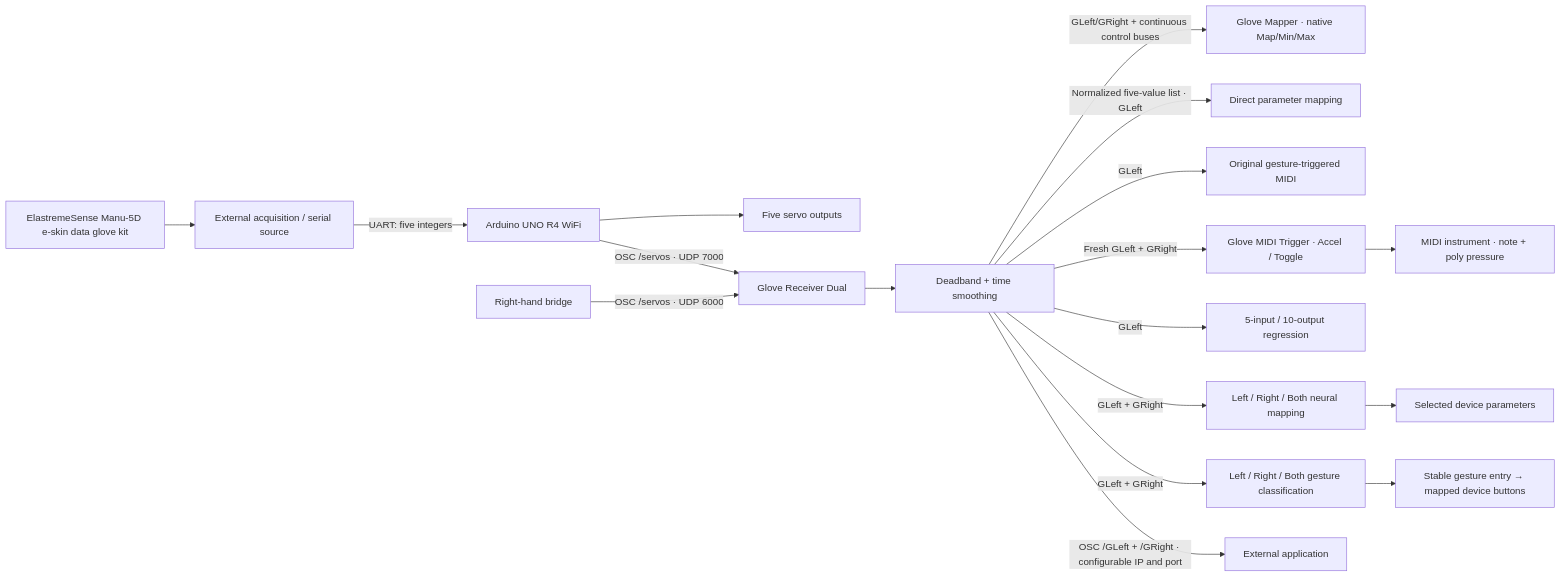
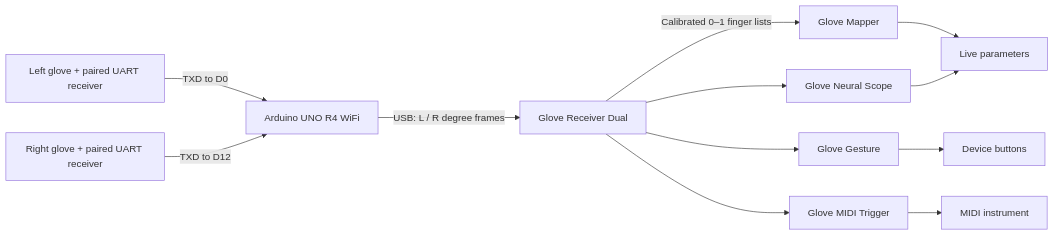
The diagram in README.md (lingyuanyangg/glove-system), drawn with Mermaid before and after one commit. The commit also changed other lines of this file and 108 other files, not shown here.

````diff
--- a/README.md
+++ b/README.md
@@ -15,20 +31,14 @@
 ```mermaid
 flowchart LR
-    G[ElastremeSense Manu-5D e-skin data glove kit] --> I[External acquisition / serial source]
-    I -->|UART: five integers| A[Arduino UNO R4 WiFi]
-    A --> S[Five servo outputs]
-    A -->|OSC /servos · UDP 7000| R[Glove Receiver Dual]
-    A2[Right-hand bridge] -->|OSC /servos · UDP 6000| R
-    R --> F[Deadband + time smoothing]
-    F -->|GLeft/GRight + continuous control buses| L[Glove Mapper · native Map/Min/Max]
-    F -->|Normalized five-value list · GLeft| D[Direct parameter mapping]
-    F -->|GLeft| B[Original gesture-triggered MIDI]
-    F -->|Fresh GLeft + GRight| MT[Glove MIDI Trigger · Accel / Toggle]
-    MT --> MI[MIDI instrument · note + poly pressure]
-    F -->|GLeft| M[5-input / 10-output regression]
-    F -->|GLeft + GRight| N[Left / Right / Both neural mapping]
-    N --> P[Selected device parameters]
-    F -->|GLeft + GRight| C[Left / Right / Both gesture classification]
-    C --> T[Stable gesture entry → mapped device buttons]
-    F -->|OSC /GLeft + /GRight · configurable IP and port| X[External application]
+    L[Left glove + paired UART receiver] -->|TXD to D0| A[Arduino UNO R4 WiFi]
+    R[Right glove + paired UART receiver] -->|TXD to D12| A
+    A -->|USB: L / R degree frames| RX[Glove Receiver Dual]
+    RX -->|Calibrated 0–1 finger lists| M[Glove Mapper]
+    RX --> G[Glove Gesture]
+    RX --> N[Glove Neural Scope]
+    RX --> T[Glove MIDI Trigger]
+    M --> P[Live parameters]
+    G --> B[Device buttons]
+    N --> P
+    T --> I[MIDI instrument]
 ```
````
